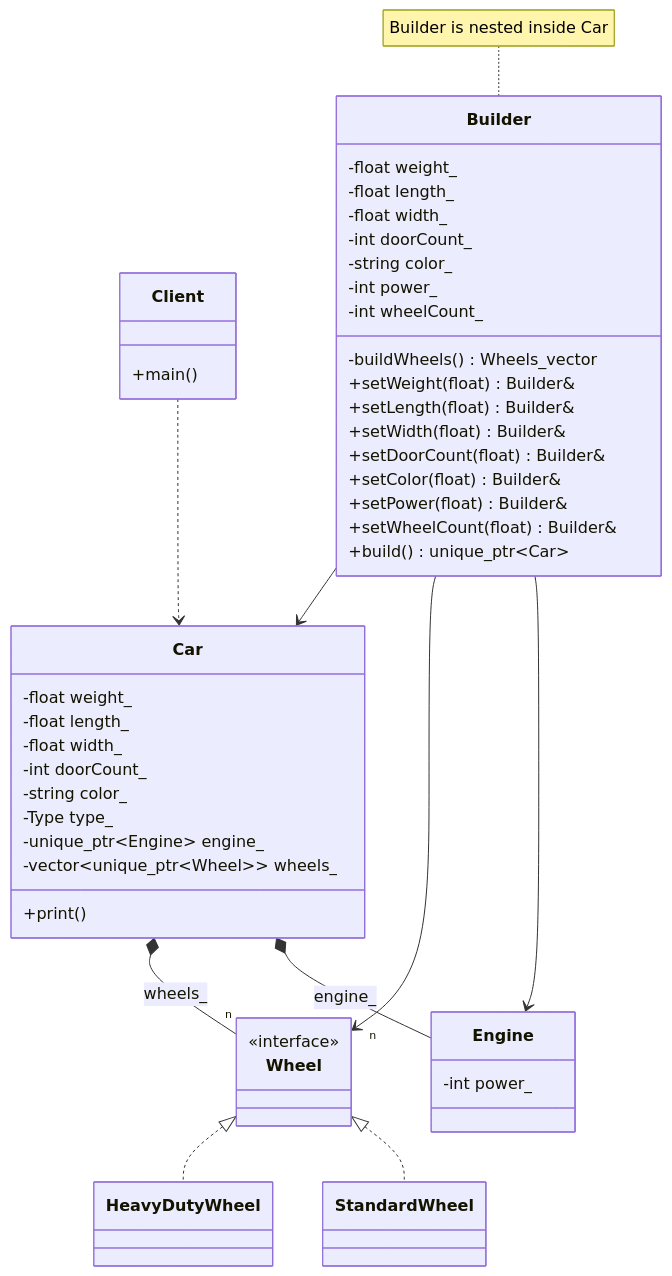
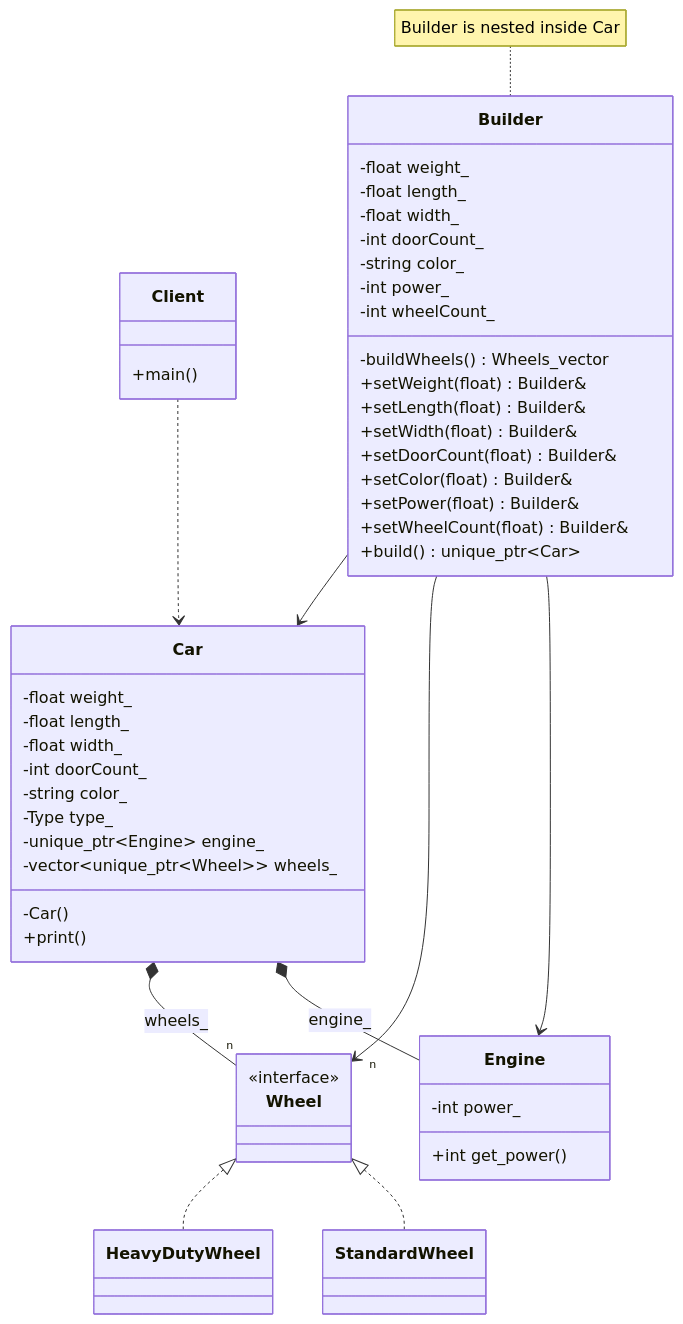
Before and after one commit to Cichlidfishexigency721/Modern-CPP-Design-Patterns: the diagram in 01_Builder/Dynamic_example/diagram.md, drawn with Mermaid.

Commit message:
UML improvement

````diff
--- a/01_Builder/Dynamic_example/diagram.md
+++ b/01_Builder/Dynamic_example/diagram.md
@@ -3,57 +3,61 @@
 ```mermaid
 classDiagram
    class Client { +main() }
 
-   class Engine { -int power_ }
+   class Engine {
+      -int power_
+      +int get_power()
+   }
    class Wheel { <<interface>> }
    class StandardWheel
    class HeavyDutyWheel
    
    class Car {
       -float weight_
       -float length_
       -float width_
       -int doorCount_
       -string color_
       -Type type_
       -unique_ptr~Engine~ engine_
       -vector~unique_ptr~Wheel~~ wheels_
+      -Car()
 
       +print()
    }
 
    class Builder {
       -float weight_
       -float length_
       -float width_
       -int doorCount_
       -string color_
       -int power_
       -int wheelCount_
 
       -buildWheels() Wheels_vector
-      +setWeight(float) Builder&
-      +setLength(float) Builder&
-      +setWidth(float) Builder&
-      +setDoorCount(float) Builder&
-      +setColor(float) Builder&
-      +setPower(float) Builder&
+      +setWeight(float)     Builder&
+      +setLength(float)     Builder&
+      +setWidth(float)      Builder&
+      +setDoorCount(float)  Builder&
+      +setColor(float)      Builder&
+      +setPower(float)      Builder&
       +setWheelCount(float) Builder&
       +build() unique_ptr~Car~
    }
 
    Wheel <|.. StandardWheel
    Wheel <|.. HeavyDutyWheel
    
    %% Relations
    Car *-- Engine : engine_
    Car *-- "n" Wheel : wheels_
    
    Builder --> Engine
    Builder --> "n" Wheel
    Builder --> Car
 
    note for Builder "Builder is nested inside Car"
 
    Client ..> Car
 ```
````
